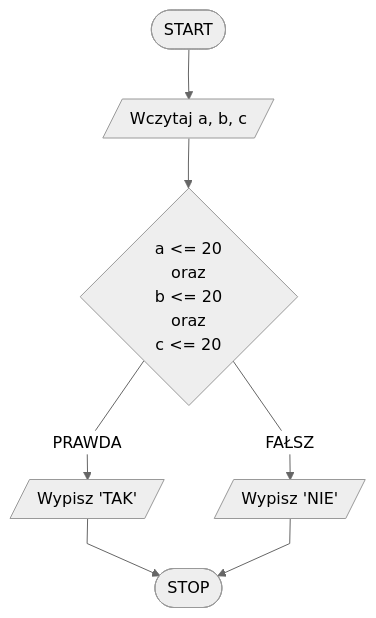
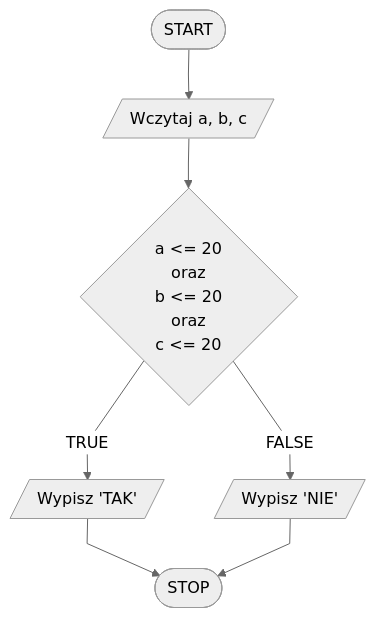
The diagram in docs/algorithmic-exercises/level-0/holidays-packing/block-diagram.md (blackbat13/edu-cs-htiew-en), drawn with Mermaid before and after one commit. The commit also changed 682 other files, not shown here.

````diff
--- a/docs/algorithmic-exercises/level-0/holidays-packing/block-diagram.md
+++ b/docs/algorithmic-exercises/level-0/holidays-packing/block-diagram.md
@@ -3,14 +3,14 @@
 ```mermaid
 %%{init: {"flowchart": {"curve": "linear"}, "theme": "neutral"} }%%
 flowchart TD
     START([START]) --> K1[/Wczytaj a, b, c/]
     K1 --> K2{"a <= 20
     oraz
     b <= 20
     oraz
     c <= 20"}
-    K2 -- PRAWDA --> K3[/Wypisz 'TAK'/]
-    K2 -- FAŁSZ --> K5[/Wypisz 'NIE'/]
+    K2 -- TRUE --> K3[/Wypisz 'TAK'/]
+    K2 -- FALSE --> K5[/Wypisz 'NIE'/]
     K3 --> STOP([STOP])
     K5 --> STOP
 ```
````
